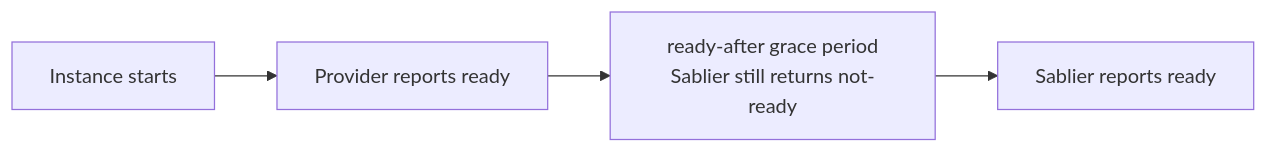
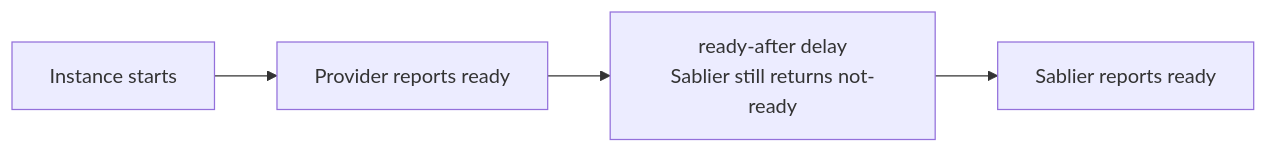
The diagram in docs/content/how-to-guides/readiness/ready-after.md (sablierapp/sablier), drawn with Mermaid before and after one commit. The commit also changed other lines of this file and 17 other files, not shown here.

````diff
--- a/docs/content/how-to-guides/readiness/ready-after.md
+++ b/docs/content/how-to-guides/readiness/ready-after.md
@@ -39,6 +23,6 @@
 ```mermaid
 flowchart LR
     start[Instance starts] --> ready[Provider reports ready]
-    ready --> delay[ready-after grace period<br/>Sablier still returns not-ready]
+    ready --> delay[ready-after delay<br/>Sablier still returns not-ready]
     delay --> unblock[Sablier reports ready]
 ```
````
